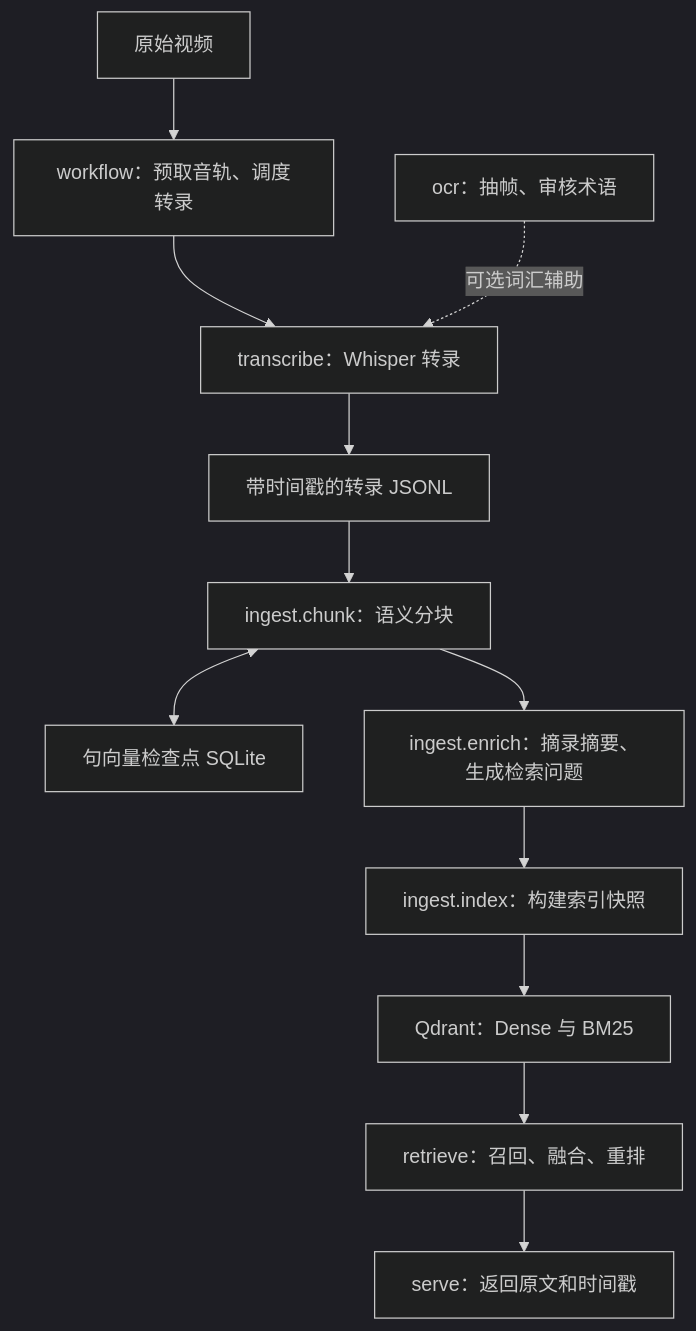
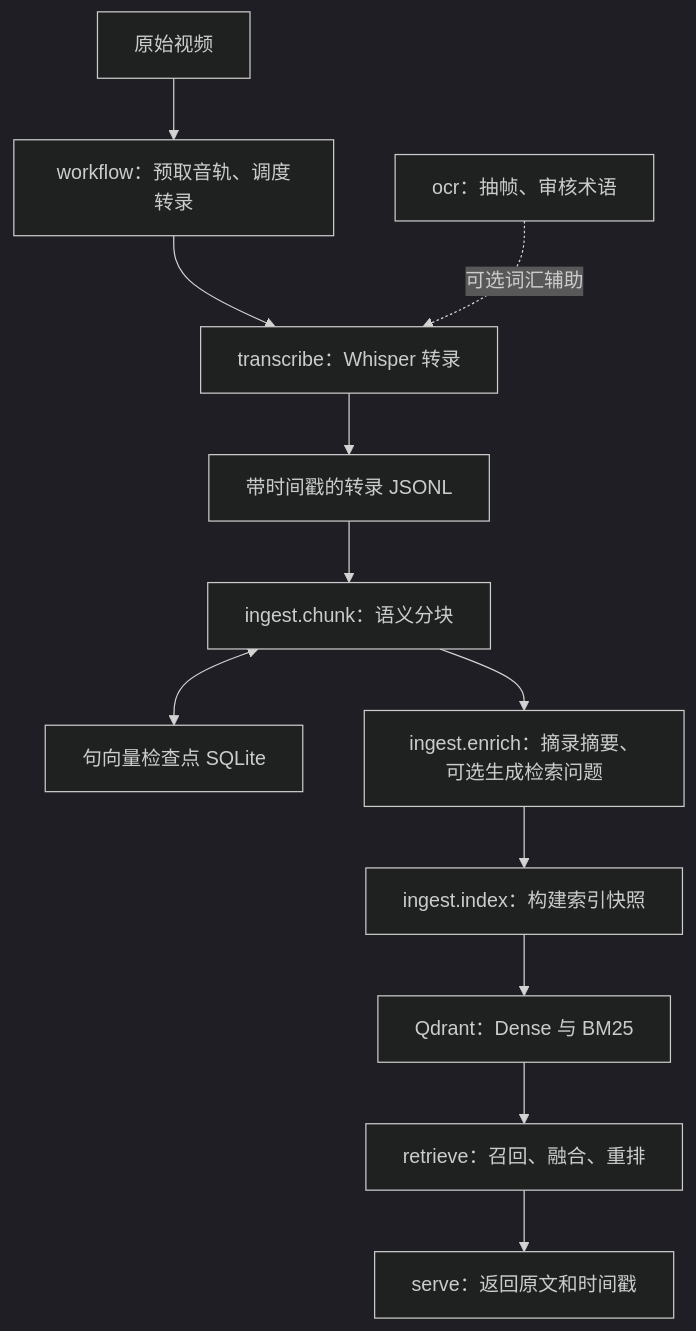
The first of 2 diagrams in docs/ARCHITECTURE.md (geqian2020/video_rag), drawn with Mermaid (dark theme) before and after one commit. The commit also changed other lines of this file and 7 other files, not shown here.

````diff
--- a/docs/ARCHITECTURE.md
+++ b/docs/ARCHITECTURE.md
@@ -23,14 +23,14 @@
 ```mermaid
 flowchart TD
     V["原始视频"] --> W["workflow：预取音轨、调度转录"]
     W --> T["transcribe：Whisper 转录"]
     O["ocr：抽帧、审核术语"] -. "可选词汇辅助" .-> T
     T --> J["带时间戳的转录 JSONL"]
     J --> C["ingest.chunk：语义分块"]
     C <--> K["句向量检查点 SQLite"]
-    C --> E["ingest.enrich：摘录摘要、生成检索问题"]
+    C --> E["ingest.enrich：摘录摘要、可选生成检索问题"]
     E --> I["ingest.index：构建索引快照"]
     I --> D["Qdrant：Dense 与 BM25"]
     D --> R["retrieve：召回、融合、重排"]
     R --> A["serve：返回原文和时间戳"]
 ```
````
